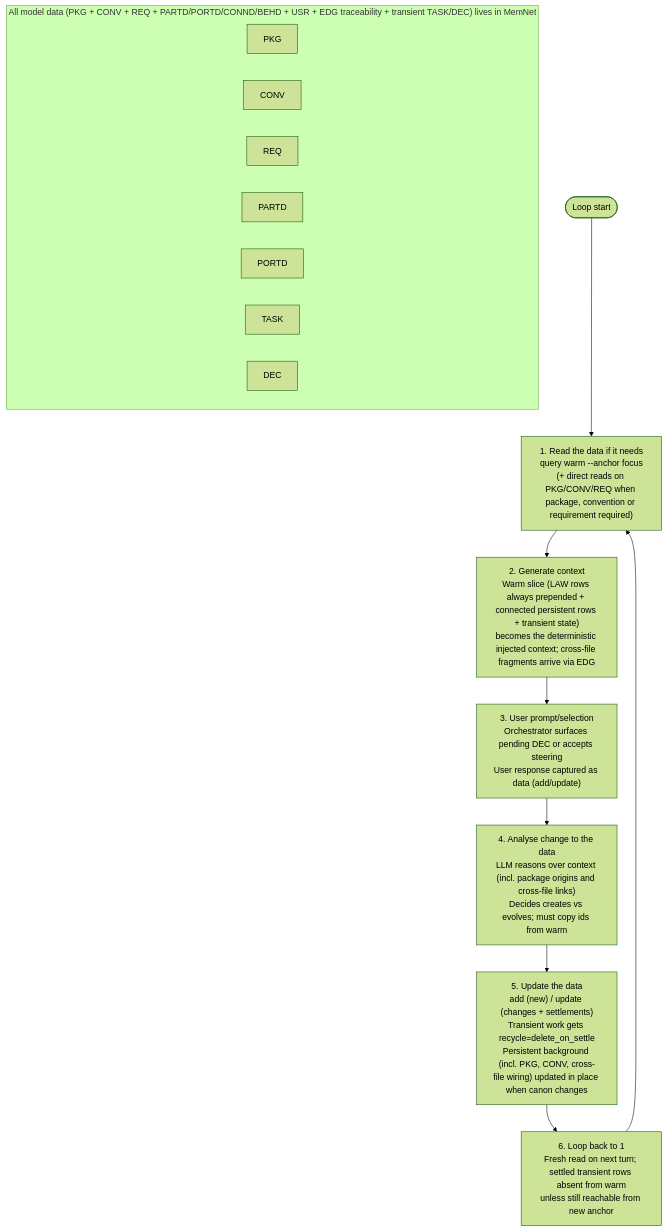
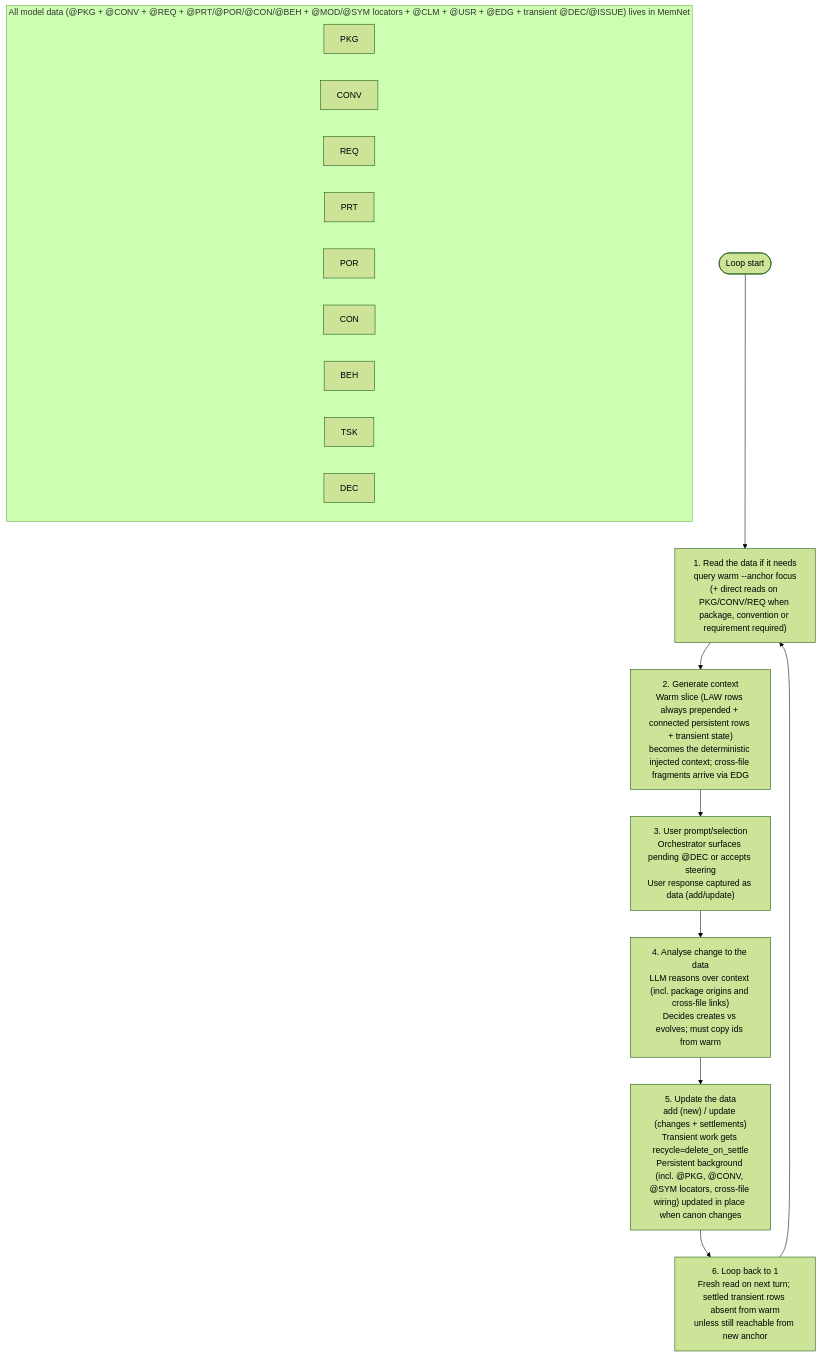
One commit to chouswei/MemNet changed the diagram in application-notes/llm-sysml-v2-modeling.md. Above: the diagram before and after it, drawn with Mermaid (forest theme). The commit also changed other lines of this file and 21 other files, not shown here.

````diff
--- a/application-notes/llm-sysml-v2-modeling.md
+++ b/application-notes/llm-sysml-v2-modeling.md
@@ -536,20 +612,22 @@
 ```mermaid
 flowchart TD
   Start([Loop start]) --> Step1["1. Read the data if it needs<br/>query warm --anchor focus<br/>(+ direct reads on PKG/CONV/REQ when package, convention or requirement required)"]
   Step1 --> Step2["2. Generate context<br/>Warm slice (LAW rows always prepended + connected persistent rows + transient state)<br/>becomes the deterministic injected context; cross-file fragments arrive via EDG"]
-  Step2 --> Step3["3. User prompt/selection<br/>Orchestrator surfaces pending DEC or accepts steering<br/>User response captured as data (add/update)"]
+  Step2 --> Step3["3. User prompt/selection<br/>Orchestrator surfaces pending @DEC or accepts steering<br/>User response captured as data (add/update)"]
   Step3 --> Step4["4. Analyse change to the data<br/>LLM reasons over context (incl. package origins and cross-file links)<br/>Decides creates vs evolves; must copy ids from warm"]
-  Step4 --> Step5["5. Update the data<br/>add (new) / update (changes + settlements)<br/>Transient work gets recycle=delete_on_settle<br/>Persistent background (incl. PKG, CONV, cross-file wiring) updated in place when canon changes"]
+  Step4 --> Step5["5. Update the data<br/>add (new) / update (changes + settlements)<br/>Transient work gets recycle=delete_on_settle<br/>Persistent background (incl. @PKG, @CONV, @SYM locators, cross-file wiring) updated in place when canon changes"]
   Step5 --> Step6["6. Loop back to 1<br/>Fresh read on next turn; settled transient rows absent from warm<br/>unless still reachable from new anchor"]
   Step6 --> Step1
 
-  subgraph Persistent["All model data (PKG + CONV + REQ + PARTD/PORTD/CONND/BEHD + USR + EDG traceability + transient TASK/DEC) lives in MemNet"]
+  subgraph Persistent["All model data (@PKG + @CONV + @REQ + @PRT/@POR/@CON/@BEH + @MOD/@SYM locators + @CLM + @USR + @EDG + transient @DEC/@ISSUE) lives in MemNet"]
     PKG
     CONV
     REQ
-    PARTD
-    PORTD
-    TASK
+    PRT
+    POR
+    CON
+    BEH
+    TSK
     DEC
   end
 ```
````
